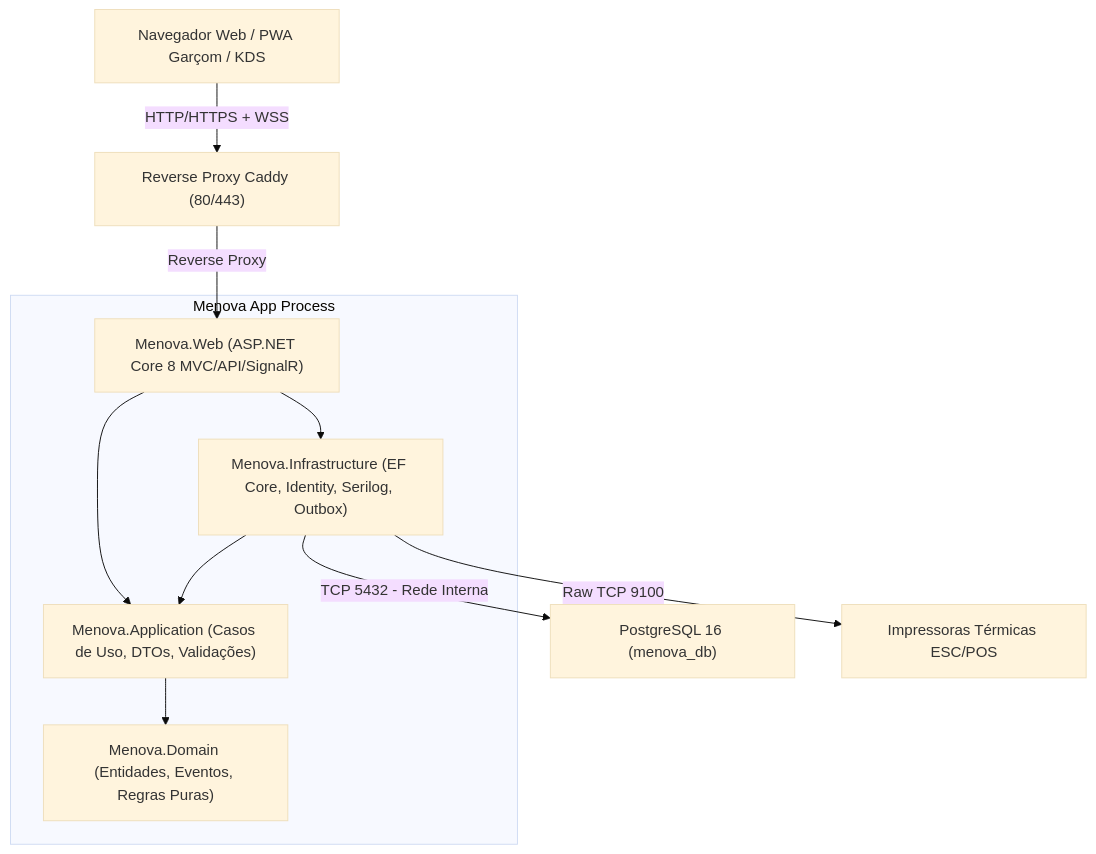
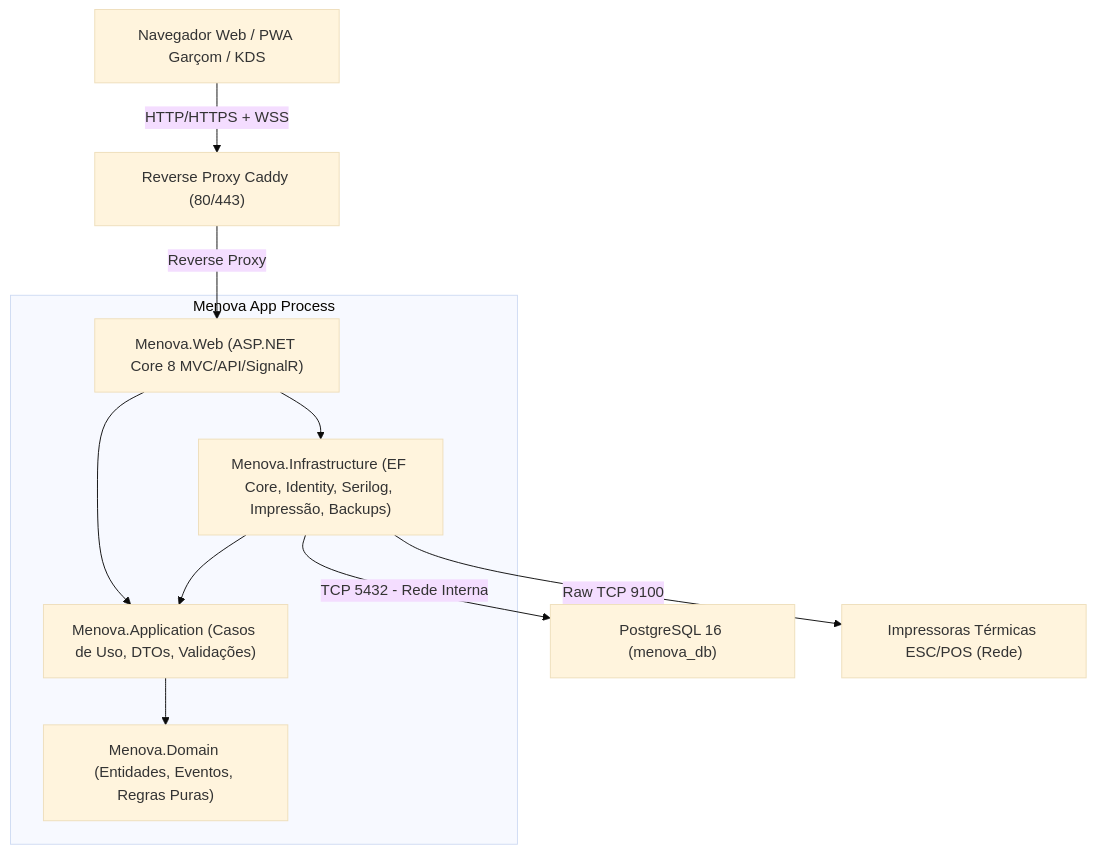
One commit to lianes-gildo/Menova changed the diagram in docs/ARQUITETURA.md. Above: the diagram before and after it, drawn with Mermaid (base theme). The commit also changed other lines of this file and 4 other files, not shown here.

````diff
--- a/docs/ARQUITETURA.md
+++ b/docs/ARQUITETURA.md
@@ -9,15 +9,15 @@
 ```mermaid
 graph TD
     ClientWeb["Navegador Web / PWA Garçom / KDS"] -->|HTTP/HTTPS + WSS| Caddy["Reverse Proxy Caddy (80/443)"]
     Caddy -->|Reverse Proxy| MenovaWeb["Menova.Web (ASP.NET Core 8 MVC/API/SignalR)"]
     
     subgraph AppContainer["Menova App Process"]
         MenovaWeb --> MenovaApp["Menova.Application (Casos de Uso, DTOs, Validações)"]
         MenovaApp --> MenovaDom["Menova.Domain (Entidades, Eventos, Regras Puras)"]
-        MenovaWeb --> MenovaInfra["Menova.Infrastructure (EF Core, Identity, Serilog, Outbox)"]
+        MenovaWeb --> MenovaInfra["Menova.Infrastructure (EF Core, Identity, Serilog, Impressão, Backups)"]
         MenovaInfra --> MenovaApp
     end
 
     MenovaInfra -->|TCP 5432 - Rede Interna| Postgres["PostgreSQL 16 (menova_db)"]
-    MenovaInfra -->|Raw TCP 9100| Impressoras["Impressoras Térmicas ESC/POS"]
+    MenovaInfra -->|Raw TCP 9100| Impressoras["Impressoras Térmicas ESC/POS (Rede)"]
 ```
````
